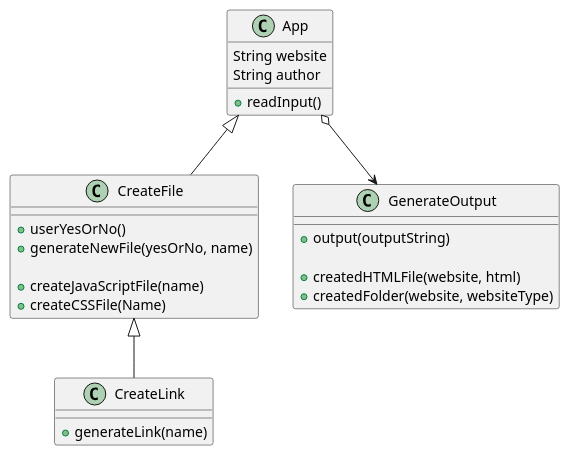
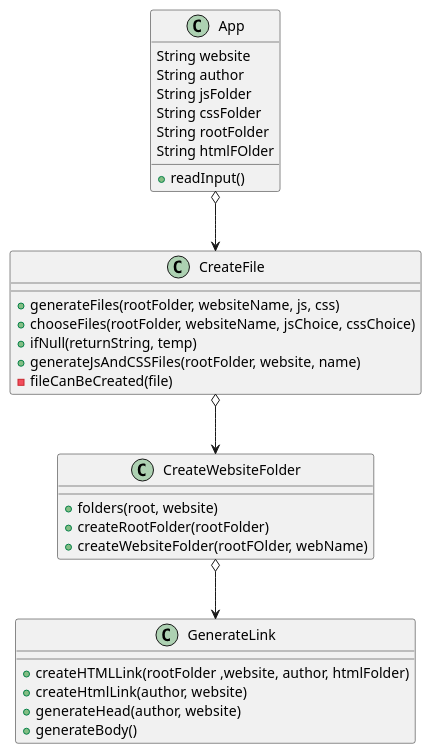
Before and after one commit to savosburn/osburn-cop3330-assignment3: the diagram in src/main/java/oop/assignment3/ex43/assignment3_ex43_diagram.puml, drawn with PlantUML.

Commit message:
plant uml

```diff
--- a/src/main/java/oop/assignment3/ex43/assignment3_ex43_diagram.puml
+++ b/src/main/java/oop/assignment3/ex43/assignment3_ex43_diagram.puml
@@ -1,31 +1,40 @@
 @startuml
 class App{
     String website
     String author
+    String jsFolder
+    String cssFolder
+    String rootFolder
+    String htmlFOlder
 
     + readInput()
 }
 
 class CreateFile {
-    + userYesOrNo()
-    + generateNewFile(yesOrNo, name)
 
-    + createJavaScriptFile(name)
-    + createCSSFile(Name)
+    + generateFiles(rootFolder, websiteName, js, css)
+    + chooseFiles(rootFolder, websiteName, jsChoice, cssChoice)
+    + ifNull(returnString, temp)
+    + generateJsAndCSSFiles(rootFolder, website, name)
+    - fileCanBeCreated(file)
 }
 
-class CreateLink {
-    + generateLink(name)
+class CreateWebsiteFolder {
+    + folders(root, website)
+    + createRootFolder(rootFolder)
+    + createWebsiteFolder(rootFOlder, webName)
 }
 
-class GenerateOutput {
-    + output(outputString)
+class GenerateLink {
 
-    + createdHTMLFile(website, html)
-    + createdFolder(website, websiteType)
+    + createHTMLLink(rootFolder ,website, author, htmlFolder)
+    + createHtmlLink(author, website)
+    + generateHead(author, website)
+    + generateBody()
 }
 
-App <|-- CreateFile
-CreateFile <|-- CreateLink
-App o--> GenerateOutput
+App o--> CreateFile
+CreateFile o--> CreateWebsiteFolder
+CreateWebsiteFolder o-->GenerateLink
+
 @enduml
```
